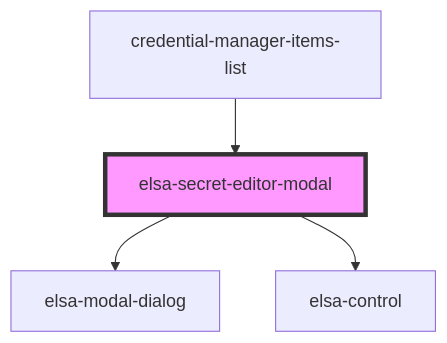
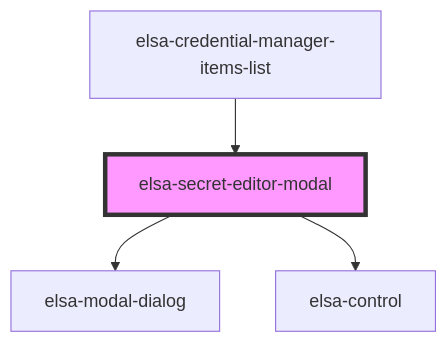
Before and after one commit to elsa-workflows/elsa-core: the diagram in src/designer/elsa-workflows-studio/src/modules/credential-manager/elsa-secret-editor-modal/readme.md, drawn with Mermaid. The commit also changed other lines of this file and 299 other files, not shown here.

````diff
--- a/src/designer/elsa-workflows-studio/src/modules/credential-manager/elsa-secret-editor-modal/readme.md
+++ b/src/designer/elsa-workflows-studio/src/modules/credential-manager/elsa-secret-editor-modal/readme.md
@@ -27,7 +27,7 @@
 ```mermaid
 graph TD;
   elsa-secret-editor-modal --> elsa-modal-dialog
   elsa-secret-editor-modal --> elsa-control
-  credential-manager-items-list --> elsa-secret-editor-modal
+  elsa-credential-manager-items-list --> elsa-secret-editor-modal
   style elsa-secret-editor-modal fill:#f9f,stroke:#333,stroke-width:4px
 ```
````
